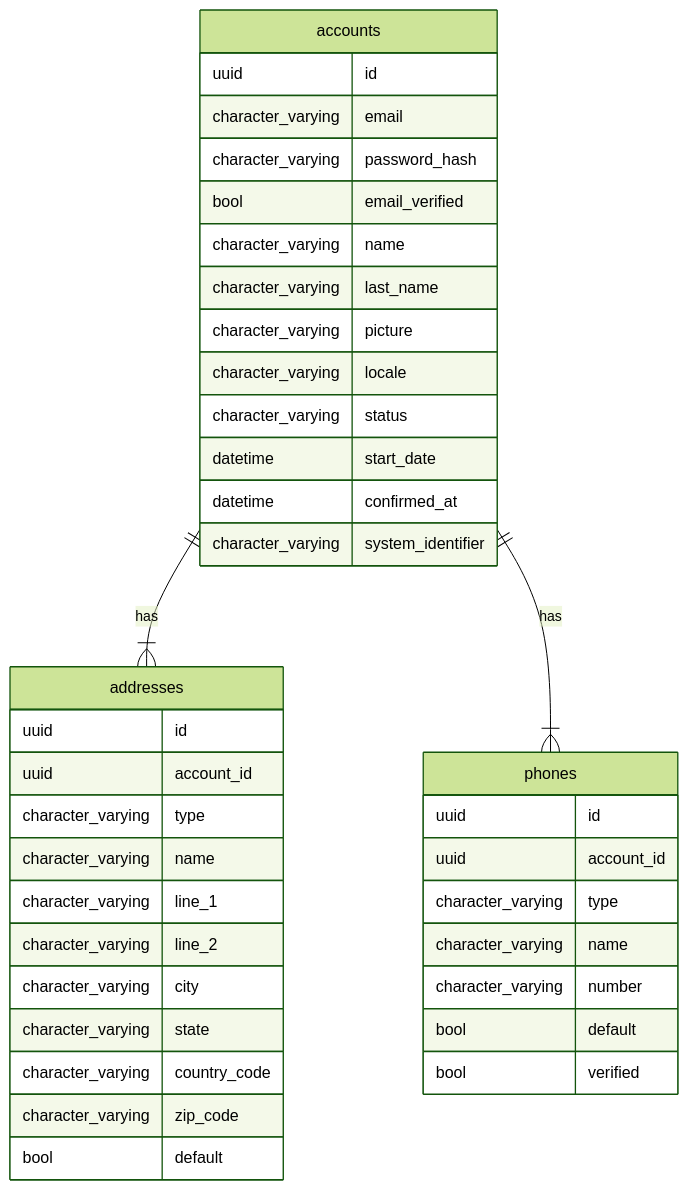
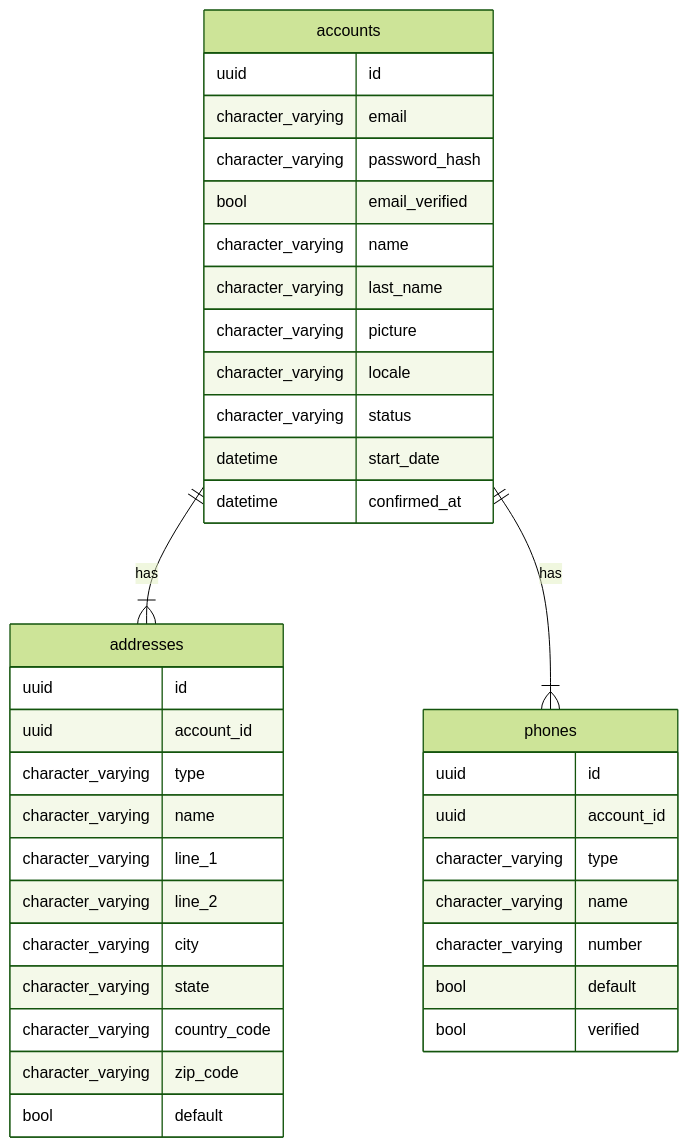
The diagram in README.md (Taskero/accounts_management), drawn with Mermaid (forest theme) before and after one commit. The commit also changed 19 other files, not shown here.

````diff
--- a/README.md
+++ b/README.md
@@ -7,46 +7,45 @@
 ```mermaid
 erDiagram
 
     accounts {
         uuid id
         character_varying email
         character_varying password_hash
         bool email_verified
         character_varying name
         character_varying last_name
         character_varying picture
         character_varying locale
         character_varying status
         datetime start_date
         datetime confirmed_at
-        character_varying system_identifier
     }
 
     addresses {
         uuid id
         uuid account_id
         character_varying type
         character_varying name
         character_varying line_1
         character_varying line_2
         character_varying city
         character_varying state
         character_varying country_code
         character_varying zip_code
         bool default
     }
 
     phones {
         uuid id
         uuid account_id
         character_varying type
         character_varying name
         character_varying number
         bool default
         bool verified
     }
 
     accounts ||--|{ addresses : has
     accounts ||--|{ phones : has
 
 ```
````
